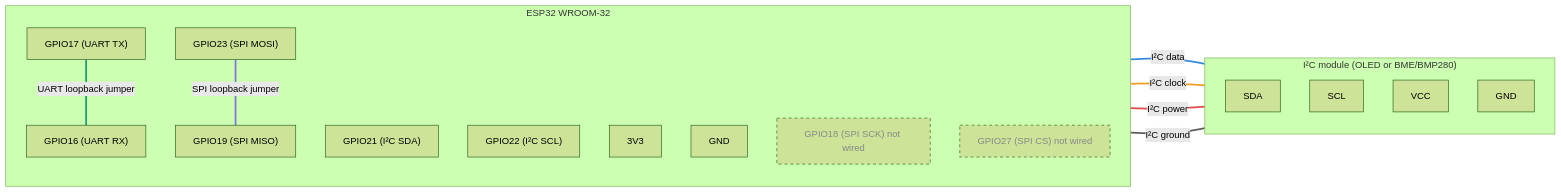
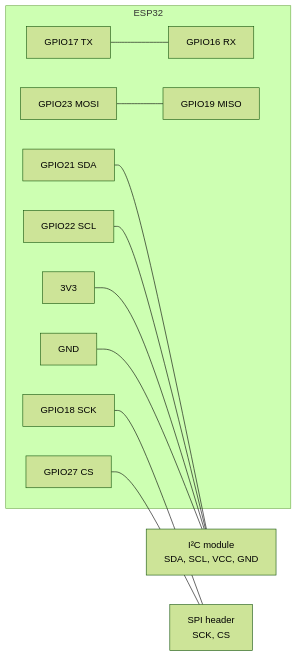
Before and after one commit to REGINE-BERMUDO/ESP32_Wired_Communication: the diagram in README.md, drawn with Mermaid (forest theme). The commit also changed other lines of this file, not shown here.

````diff
--- a/README.md
+++ b/README.md
@@ -24,41 +24,27 @@
 ```mermaid
 flowchart LR
-    subgraph ESP["ESP32 WROOM-32"]
-        direction TB
-        G17["GPIO17 (UART TX)"]
-        G16["GPIO16 (UART RX)"]
-        G23["GPIO23 (SPI MOSI)"]
-        G19["GPIO19 (SPI MISO)"]
-        G21["GPIO21 (I²C SDA)"]
-        G22["GPIO22 (I²C SCL)"]
+    subgraph ESP["ESP32"]
+        G17["GPIO17 TX"]
+        G16["GPIO16 RX"]
+        G23["GPIO23 MOSI"]
+        G19["GPIO19 MISO"]
+        G18["GPIO18 SCK"]
+        G27["GPIO27 CS"]
+        G21["GPIO21 SDA"]
+        G22["GPIO22 SCL"]
         V33["3V3"]
-        GNDP["GND"]
-        G18["GPIO18 (SPI SCK) not wired"]
-        G27["GPIO27 (SPI CS) not wired"]
+        GND["GND"]
     end
 
-    subgraph MOD["I²C module (OLED or BME/BMP280)"]
-        direction TB
-        SDA["SDA"]
-        SCL["SCL"]
-        VCC["VCC"]
-        GNDM["GND"]
-    end
+    I2C["I²C module<br/>SDA, SCL, VCC, GND"]
+    SPIH["SPI header<br/>SCK, CS"]
 
-    G17 ---|"UART loopback jumper"| G16
-    G23 ---|"SPI loopback jumper"| G19
-    G21 ---|"I²C data"| SDA
-    G22 ---|"I²C clock"| SCL
-    V33 ---|"I²C power"| VCC
-    GNDP ---|"I²C ground"| GNDM
-
-    classDef unwired stroke-dasharray: 5 5,color:#888
-    class G18,G27 unwired
-
-    linkStyle 0 stroke:#1D9E75,stroke-width:3px
-    linkStyle 1 stroke:#7F77DD,stroke-width:3px
-    linkStyle 2 stroke:#378ADD,stroke-width:3px
-    linkStyle 3 stroke:#EF9F27,stroke-width:3px
-    linkStyle 4 stroke:#E24B4A,stroke-width:3px
-    linkStyle 5 stroke:#5F5E5A,stroke-width:3px
+    G17 --- G16
+    G23 --- G19
+    G18 --- SPIH
+    G27 --- SPIH
+    G21 --- I2C
+    G22 --- I2C
+    V33 --- I2C
+    GND --- I2C
 ```
````
